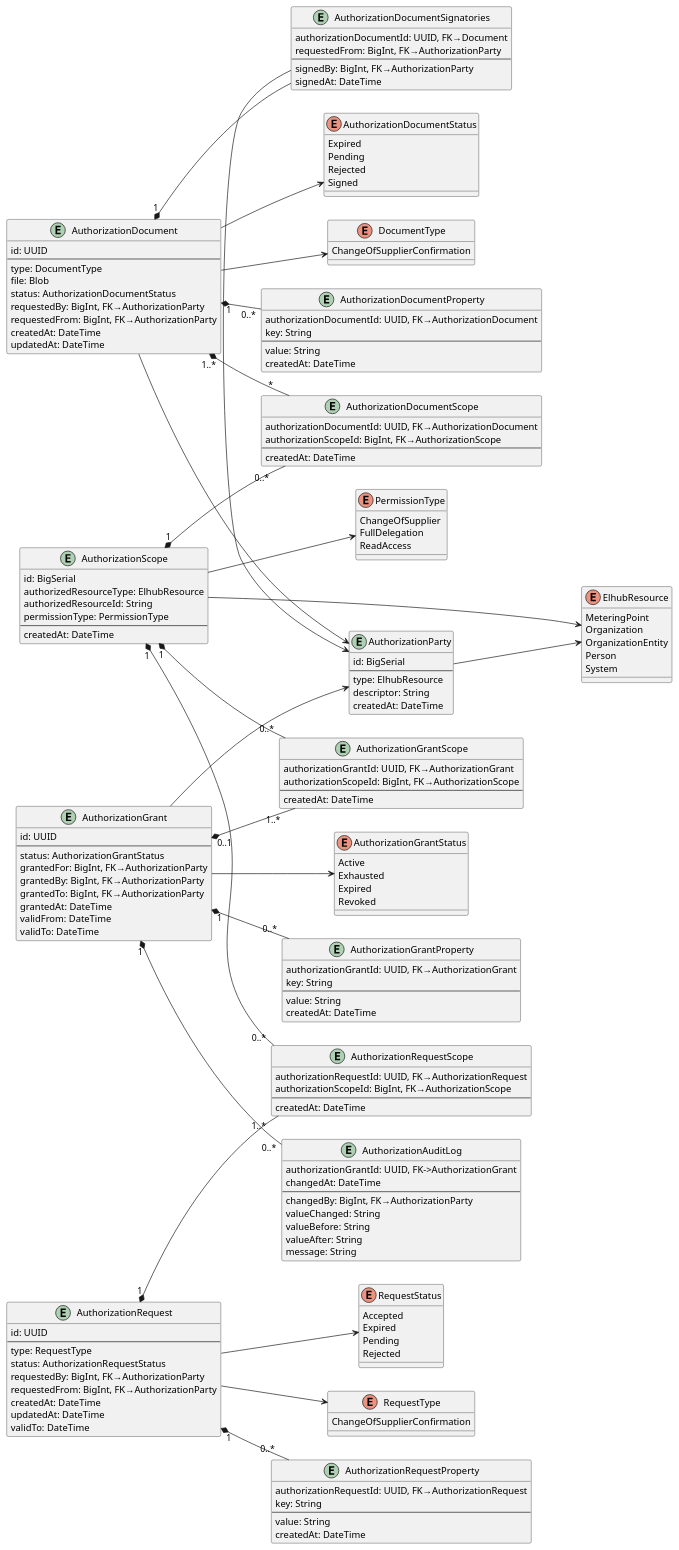
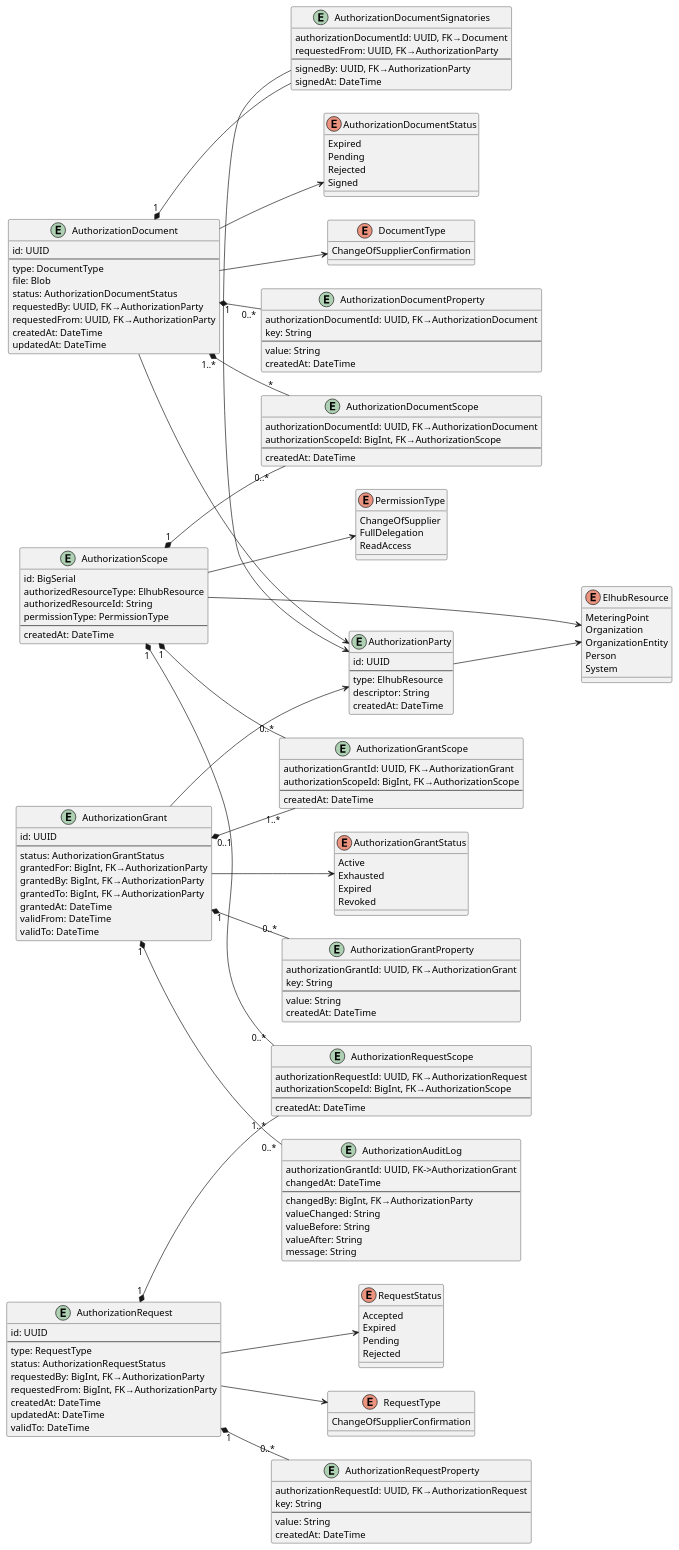
Before and after one commit to elhub/auth-grant-manager: the diagram in docs/assets/datamodel.plantuml, drawn with PlantUML. The commit also changed 19 other files, not shown here.

Commit message:
WIP: Migrate requestedFrom to UUID and introduce AuthorizationParty lookup. Note: Tests will fail in this commit. Refactoring still needed for related changes. :P

```diff
--- a/docs/assets/datamodel.plantuml
+++ b/docs/assets/datamodel.plantuml
@@ -1,195 +1,195 @@
 @startuml datamodel
 left to right direction
 'top to bottom direction
 
 ' The PartyId is a type that is used to identify a party
 ' It can be an elhub user Id or a GLN. It is a string because it can be a UUID or a GLN-number
 ' type PartyId = String
 
 enum AuthorizationGrantStatus {
   Active
   Exhausted
   Expired
   Revoked
 }
 
 enum PermissionType {
   ChangeOfSupplier
   FullDelegation
   ReadAccess
 }
 
 enum AuthorizationDocumentStatus {
   Expired
   Pending
   Rejected
   Signed
 }
 
 enum RequestStatus {
   Accepted
   Expired
   Pending
   Rejected
 }
 
 enum ElhubResource {
   MeteringPoint
   Organization
   OrganizationEntity
   Person
   System
 }
 
 enum DocumentType {
   ChangeOfSupplierConfirmation
 }
 
 enum RequestType {
   ChangeOfSupplierConfirmation
 }
 
 entity AuthorizationGrant {
   id: UUID
   --
   status: AuthorizationGrantStatus
   grantedFor: BigInt, FK→AuthorizationParty
   grantedBy: BigInt, FK→AuthorizationParty
   grantedTo: BigInt, FK→AuthorizationParty
   grantedAt: DateTime
   validFrom: DateTime
   validTo: DateTime
 }
 
 ' Used to store metadata related to the AuthorizationGrant
 entity AuthorizationGrantProperty {
   authorizationGrantId: UUID, FK→AuthorizationGrant
   key: String
   --
   value: String
   createdAt: DateTime
 }
 
 entity AuthorizationAuditLog {
   authorizationGrantId: UUID, FK->AuthorizationGrant
   changedAt: DateTime
   --
   changedBy: BigInt, FK→AuthorizationParty
   valueChanged: String
   valueBefore: String
   valueAfter: String
   message: String
 }
 
 entity AuthorizationRequest {
   id: UUID
   --
   type: RequestType
   status: AuthorizationRequestStatus
   requestedBy: BigInt, FK→AuthorizationParty
   requestedFrom: BigInt, FK→AuthorizationParty
   createdAt: DateTime
   updatedAt: DateTime
   validTo: DateTime
 }
 
 entity AuthorizationRequestProperty {
   authorizationRequestId: UUID, FK→AuthorizationRequest
   key: String
   --
   value: String
   createdAt: DateTime
 }
 
 ' In this model it is assumed that the metadata is stored in the document.
 entity AuthorizationDocument {
   id: UUID
   --
   type: DocumentType
   file: Blob
   status: AuthorizationDocumentStatus
-  requestedBy: BigInt, FK→AuthorizationParty
-  requestedFrom: BigInt, FK→AuthorizationParty
+  requestedBy: UUID, FK→AuthorizationParty
+  requestedFrom: UUID, FK→AuthorizationParty
   createdAt: DateTime
   updatedAt: DateTime
 }
 
 entity AuthorizationDocumentProperty {
   authorizationDocumentId: UUID, FK→AuthorizationDocument
   key: String
   --
   value: String
   createdAt: DateTime
 }
 
 entity AuthorizationDocumentSignatories {
   authorizationDocumentId: UUID, FK→Document
-  requestedFrom: BigInt, FK→AuthorizationParty
+  requestedFrom: UUID, FK→AuthorizationParty
   --
-  signedBy: BigInt, FK→AuthorizationParty
+  signedBy: UUID, FK→AuthorizationParty
   signedAt: DateTime
 }
 
 entity AuthorizationGrantScope {
   authorizationGrantId: UUID, FK→AuthorizationGrant
   authorizationScopeId: BigInt, FK→AuthorizationScope
   --
   createdAt: DateTime
 }
 
 entity AuthorizationDocumentScope {
   authorizationDocumentId: UUID, FK→AuthorizationDocument
   authorizationScopeId: BigInt, FK→AuthorizationScope
   --
   createdAt: DateTime
 }
 
 entity AuthorizationRequestScope {
   authorizationRequestId: UUID, FK→AuthorizationRequest
   authorizationScopeId: BigInt, FK→AuthorizationScope
   --
   createdAt: DateTime
 }
 
 entity AuthorizationScope {
   id: BigSerial
   authorizedResourceType: ElhubResource
   authorizedResourceId: String
   permissionType: PermissionType
   --
   createdAt: DateTime
 }
 
 entity AuthorizationParty {
-  id: BigSerial
+  id: UUID
   --
   type: ElhubResource
   descriptor: String
   createdAt: DateTime
 }
 
 ' Relationships
 AuthorizationGrant "1" *-- "0..*" AuthorizationGrantProperty
 AuthorizationGrant "0..1" *-- "1..*" AuthorizationGrantScope
 AuthorizationGrant "1" *-- "0..*" AuthorizationAuditLog
 AuthorizationGrant --> AuthorizationGrantStatus
 AuthorizationGrant --> AuthorizationParty
 AuthorizationScope --> ElhubResource
 AuthorizationScope --> PermissionType
 AuthorizationScope "1" *-- "0..*" AuthorizationGrantScope
 AuthorizationScope "1" *-- "0..*" AuthorizationRequestScope
 AuthorizationScope "1" *-- "0..*" AuthorizationDocumentScope
 AuthorizationDocument "1" *-- "0..*" AuthorizationDocumentProperty
 AuthorizationDocument "1" *-- AuthorizationDocumentSignatories
 AuthorizationDocument "1..*" *-- "*" AuthorizationDocumentScope
 AuthorizationDocument --> DocumentType
 AuthorizationDocument --> AuthorizationDocumentStatus
 AuthorizationDocument --> AuthorizationParty
 AuthorizationDocumentSignatories -> AuthorizationParty
 AuthorizationRequest "1" *-- "0..*" AuthorizationRequestProperty
 AuthorizationRequest "1" *-- "1..*" AuthorizationRequestScope
 AuthorizationRequest --> RequestType
 AuthorizationRequest --> RequestStatus
 AuthorizationParty --> ElhubResource
 
 @enduml
```
